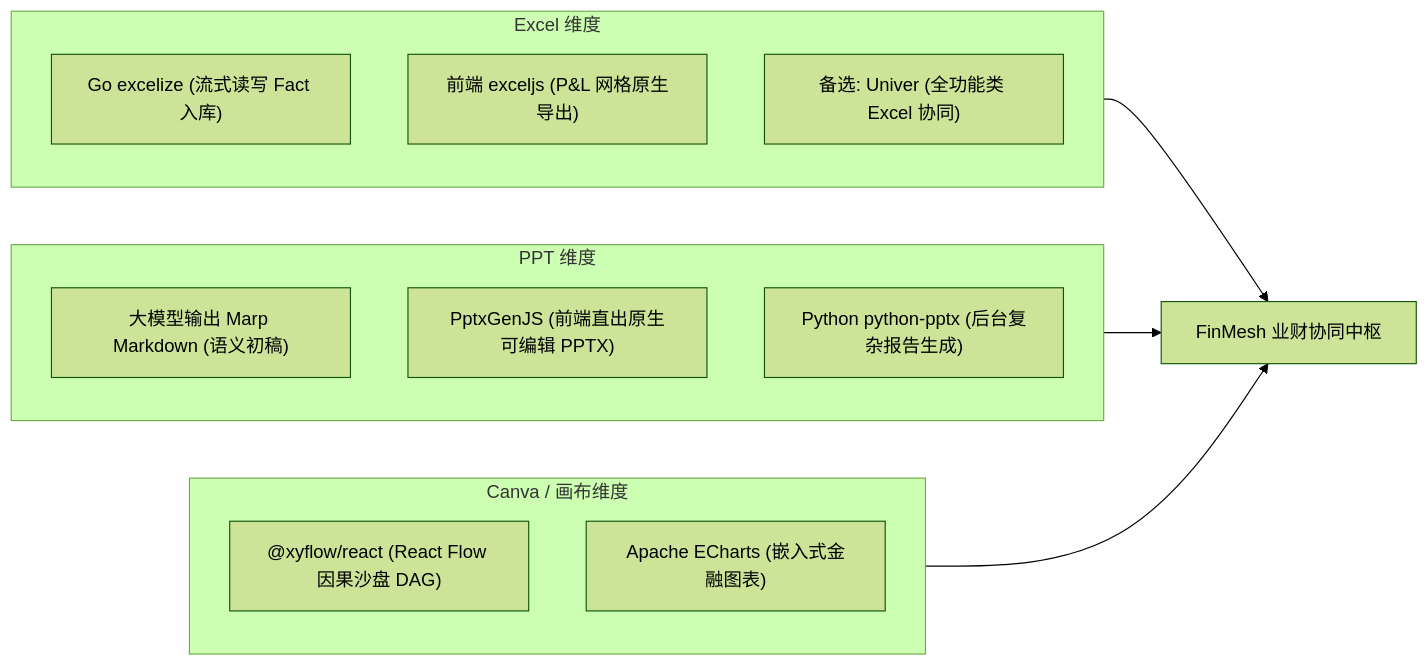
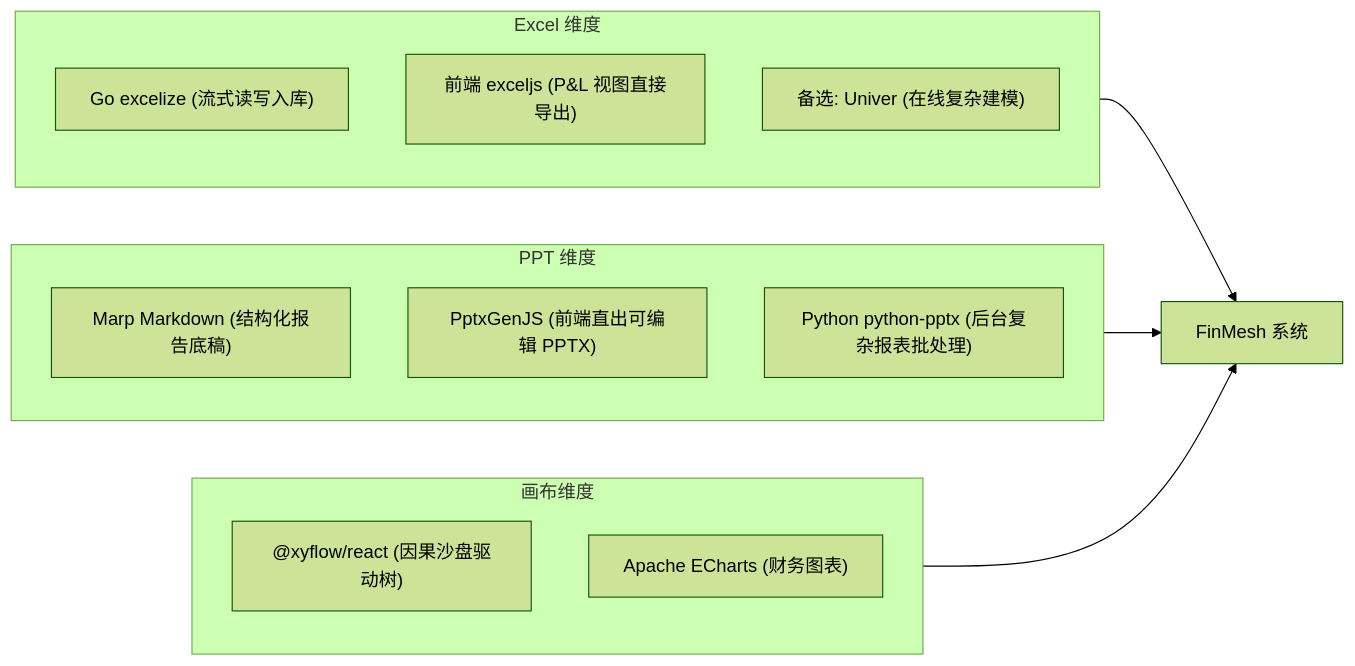
The diagram in 01-inputs/2026-09-17-excel-ppt-canvas-libraries-research.md (CHEUKFUNGWU/finmesh), drawn with Mermaid (forest theme) before and after one commit. The commit also changed other lines of this file and 4 other files, not shown here.

````diff
--- a/01-inputs/2026-09-17-excel-ppt-canvas-libraries-research.md
+++ b/01-inputs/2026-09-17-excel-ppt-canvas-libraries-research.md
@@ -52,23 +50,23 @@
 ```mermaid
 flowchart LR
     subgraph ExcelStack ["Excel 维度"]
-        GoExcelize["Go excelize (流式读写 Fact 入库)"]
-        FEExcelJS["前端 exceljs (P&L 网格原生导出)"]
-        UniverOption["备选: Univer (全功能类 Excel 协同)"]
+        GoExcelize["Go excelize (流式读写入库)"]
+        FEExcelJS["前端 exceljs (P&L 视图直接导出)"]
+        UniverOption["备选: Univer (在线复杂建模)"]
     end
 
     subgraph PPTStack ["PPT 维度"]
-        AgentMarp["大模型输出 Marp Markdown (语义初稿)"]
-        PptxGenJS["PptxGenJS (前端直出原生可编辑 PPTX)"]
-        PyPptx["Python python-pptx (后台复杂报告生成)"]
+        AgentMarp["Marp Markdown (结构化报告底稿)"]
+        PptxGenJS["PptxGenJS (前端直出可编辑 PPTX)"]
+        PyPptx["Python python-pptx (后台复杂报表批处理)"]
     end
 
-    subgraph CanvasStack ["Canva / 画布维度"]
-        ReactFlow["@xyflow/react (React Flow 因果沙盘 DAG)"]
-        ECharts["Apache ECharts (嵌入式金融图表)"]
+    subgraph CanvasStack ["画布维度"]
+        ReactFlow["@xyflow/react (因果沙盘驱动树)"]
+        ECharts["Apache ECharts (财务图表)"]
     end
 
-    ExcelStack --> FinMeshCore["FinMesh 业财协同中枢"]
+    ExcelStack --> FinMeshCore["FinMesh 系统"]
     PPTStack --> FinMeshCore
     CanvasStack --> FinMeshCore
 ```
````
